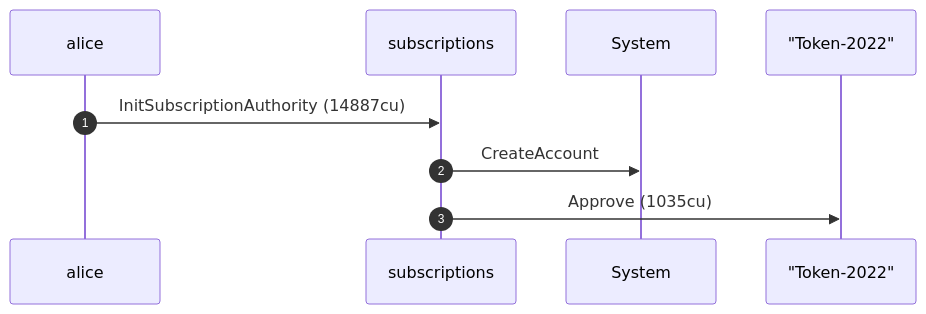
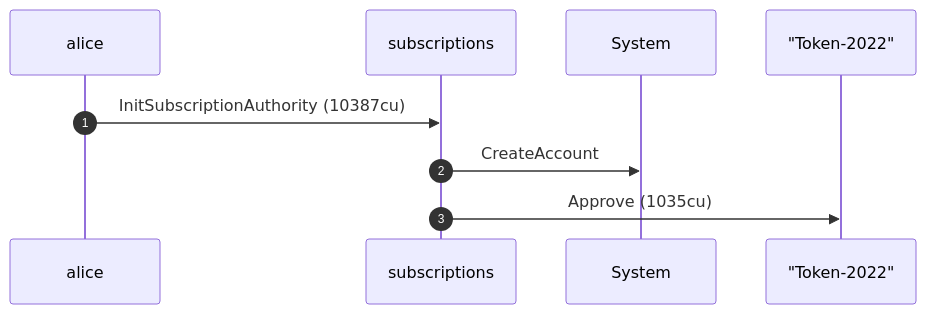
The first of 4 diagrams in dsl_tests/initialize-over-a-token-2022-mint---permanentdelegate--.md (cds-rs/subscriptions), drawn with Mermaid before and after one commit. The commit also changed other lines of this file and 224 other files, not shown here.

````diff
--- a/dsl_tests/initialize-over-a-token-2022-mint---permanentdelegate--.md
+++ b/dsl_tests/initialize-over-a-token-2022-mint---permanentdelegate--.md
@@ -24,11 +25,11 @@
 ```mermaid
 sequenceDiagram
     autonumber
     participant alice
     participant subscriptions
     participant System
     participant Token_2022 as "Token-2022"
-    alice ->> subscriptions: InitSubscriptionAuthority (14887cu)
+    alice ->> subscriptions: InitSubscriptionAuthority (10387cu)
     subscriptions ->> System: CreateAccount
     subscriptions ->> Token_2022: Approve (1035cu)
 ```
````
